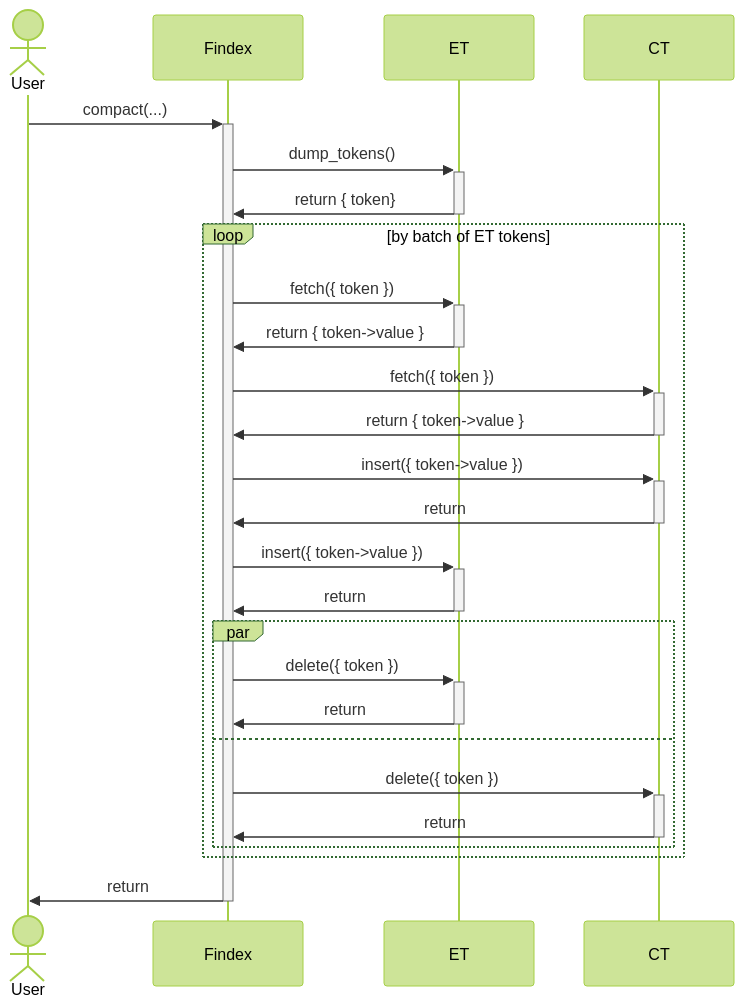
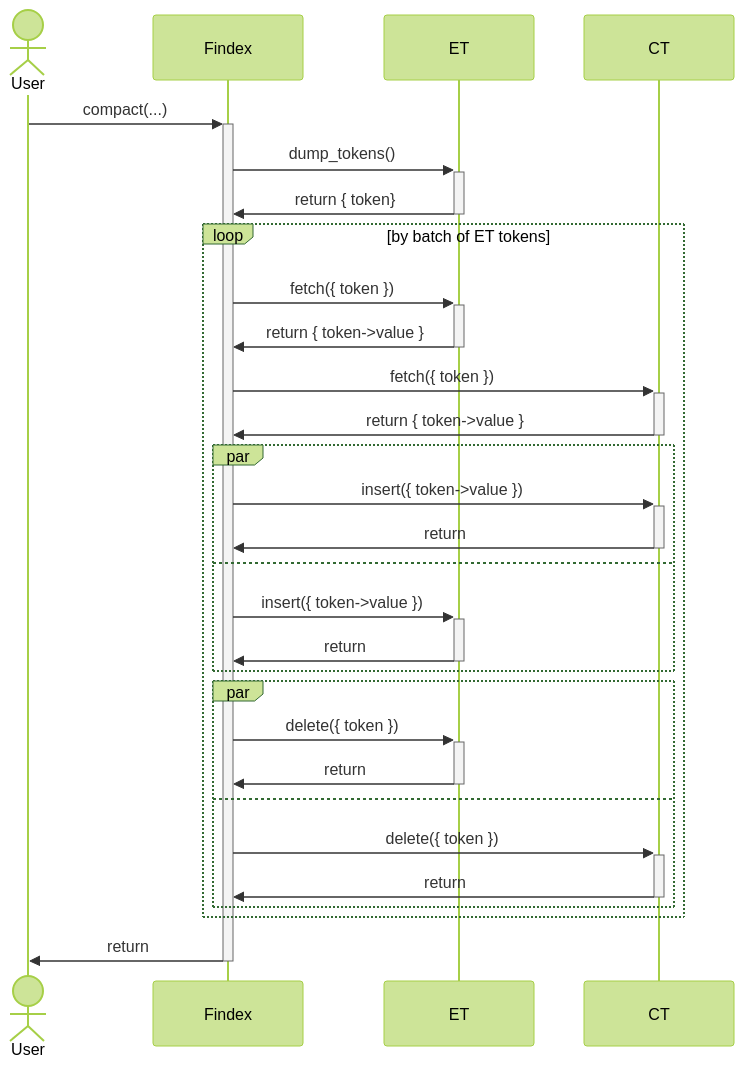
Before and after one commit to Cosmian/findex: the third of 3 diagrams in documentation/sequence-diagrams.md, drawn with Mermaid (forest theme). The commit also changed other lines of this file and 19 other files, not shown here.

````diff
--- a/documentation/sequence-diagrams.md
+++ b/documentation/sequence-diagrams.md
@@ -49,33 +49,35 @@
 ```mermaid
 sequenceDiagram
     actor User
 
     User->>+Findex: compact(...)
 
     Findex->>+ET: dump_tokens()
     ET->>-Findex: return { token}
 
     loop by batch of ET tokens
         Findex->>+ET: fetch({ token })
         ET->>-Findex: return { token->value }
 
         Findex->>+CT: fetch({ token })
         CT->>-Findex: return { token->value }
 
-        Findex->>+CT: insert({ token->value })
-        CT->>-Findex: return
-
-        Findex->>+ET: insert({ token->value })
-        ET->>-Findex: return
+        par
+            Findex->>+CT: insert({ token->value })
+            CT->>-Findex: return
+        and
+            Findex->>+ET: insert({ token->value })
+            ET->>-Findex: return
+        end
 
         par
             Findex->>+ET: delete({ token })
             ET->>-Findex: return
         and
             Findex->>+CT: delete({ token })
             CT->>-Findex: return
         end
     end
 
     Findex->>-User: return
 ```
````
